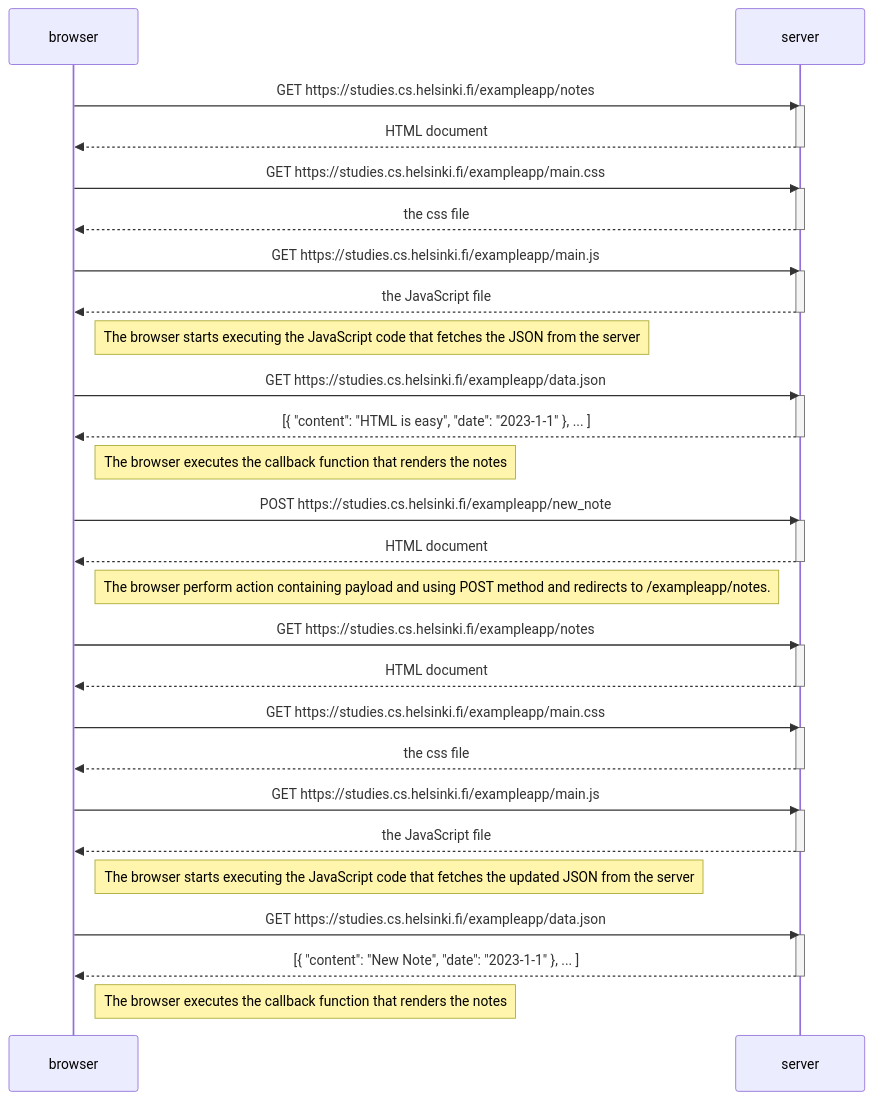
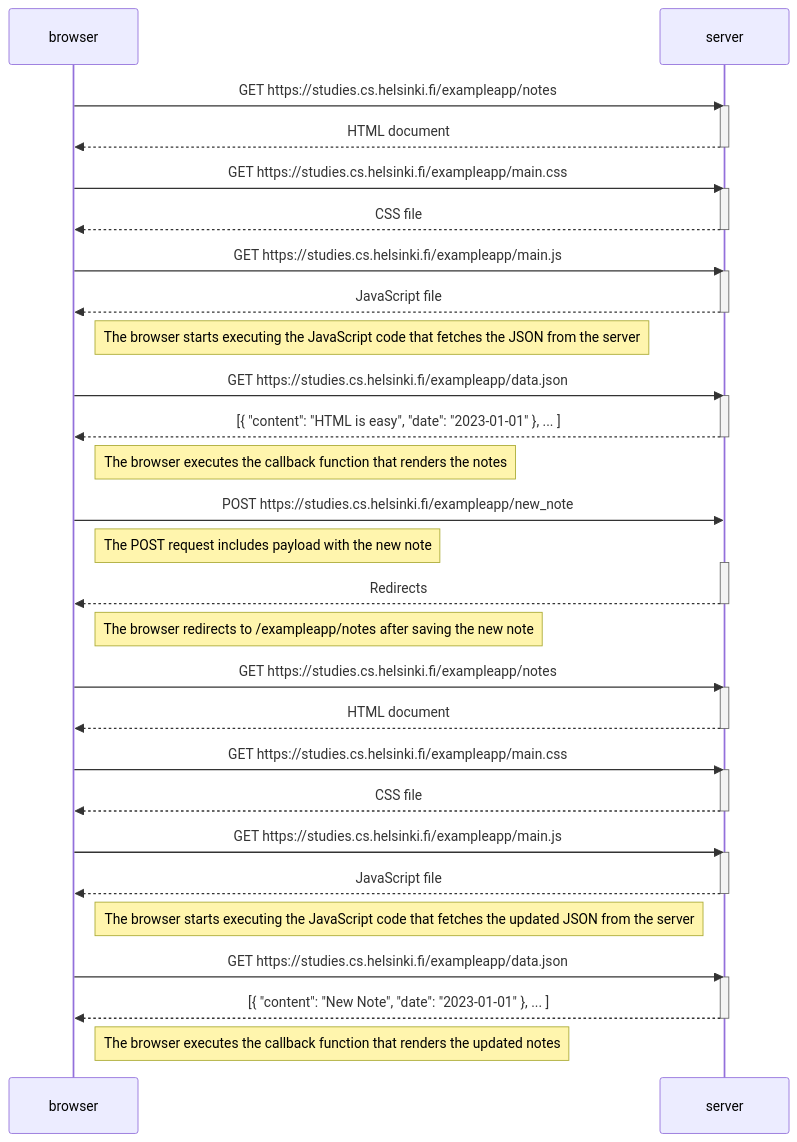
The diagram in part0/exercise_0.4.md (saurabhsinghiam/full-stack-open-exercises), drawn with Mermaid before and after one commit.

````diff
--- a/part0/exercise_0.4.md
+++ b/part0/exercise_0.4.md
@@ -1,60 +1,61 @@
 ```mermaid
 sequenceDiagram
     participant browser
     participant server
 
     browser->>server: GET https://studies.cs.helsinki.fi/exampleapp/notes
     activate server
     server-->>browser: HTML document
     deactivate server
 
     browser->>server: GET https://studies.cs.helsinki.fi/exampleapp/main.css
     activate server
-    server-->>browser: the css file
+    server-->>browser: CSS file
     deactivate server
 
     browser->>server: GET https://studies.cs.helsinki.fi/exampleapp/main.js
     activate server
-    server-->>browser: the JavaScript file
+    server-->>browser: JavaScript file
     deactivate server
 
     Note right of browser: The browser starts executing the JavaScript code that fetches the JSON from the server
 
     browser->>server: GET https://studies.cs.helsinki.fi/exampleapp/data.json
     activate server
-    server-->>browser: [{ "content": "HTML is easy", "date": "2023-1-1" }, ... ]
+    server-->>browser: [{ "content": "HTML is easy", "date": "2023-01-01" }, ... ]
     deactivate server
 
     Note right of browser: The browser executes the callback function that renders the notes
 
     browser->>server: POST https://studies.cs.helsinki.fi/exampleapp/new_note
+    Note right of browser: The POST request includes payload with the new note
     activate server
-    server-->>browser: HTML document
+    server-->>browser: Redirects 
     deactivate server
 
-    Note right of browser: The browser perform action containing payload and using POST method and redirects to /exampleapp/notes.
+    Note right of browser: The browser redirects to /exampleapp/notes after saving the new note
 
-     browser->>server: GET https://studies.cs.helsinki.fi/exampleapp/notes
+    browser->>server: GET https://studies.cs.helsinki.fi/exampleapp/notes
     activate server
     server-->>browser: HTML document
     deactivate server
 
     browser->>server: GET https://studies.cs.helsinki.fi/exampleapp/main.css
     activate server
-    server-->>browser: the css file
+    server-->>browser: CSS file
     deactivate server
 
     browser->>server: GET https://studies.cs.helsinki.fi/exampleapp/main.js
     activate server
-    server-->>browser: the JavaScript file
+    server-->>browser: JavaScript file
     deactivate server
 
     Note right of browser: The browser starts executing the JavaScript code that fetches the updated JSON from the server
 
     browser->>server: GET https://studies.cs.helsinki.fi/exampleapp/data.json
     activate server
-    server-->>browser: [{ "content": "New Note", "date": "2023-1-1" }, ... ]
+    server-->>browser: [{ "content": "New Note", "date": "2023-01-01" }, ... ]
     deactivate server
 
-    Note right of browser: The browser executes the callback function that renders the notes
+    Note right of browser: The browser executes the callback function that renders the updated notes
 ```
````
